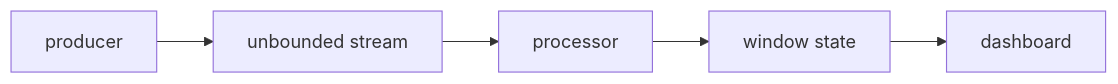
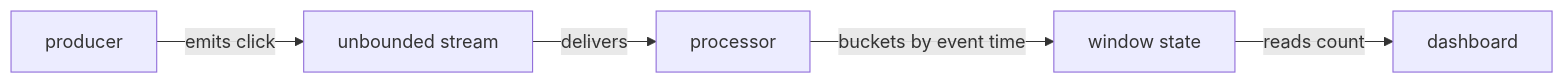
One commit to vinayakuber/streaming-systems-study-guide changed the eighth of 19 diagrams in docs/ch01-streaming-101.md. Above: the diagram before and after it, drawn with Mermaid. The commit also changed other lines of this file and 22 other files, not shown here.

First line of the commit message:
R18: label every diagram arrow with its meaning

````diff
--- a/docs/ch01-streaming-101.md
+++ b/docs/ch01-streaming-101.md
@@ -180,7 +180,7 @@
 ```mermaid
 flowchart LR
-  W["producer"] --> T["unbounded stream"]
-  T --> C["processor"]
-  C --> A["window state"]
-  A --> R["dashboard"]
+  W["producer"] -->|"emits click"| T["unbounded stream"]
+  T -->|"delivers"| C["processor"]
+  C -->|"buckets by event time"| A["window state"]
+  A -->|"reads count"| R["dashboard"]
 ```
````
